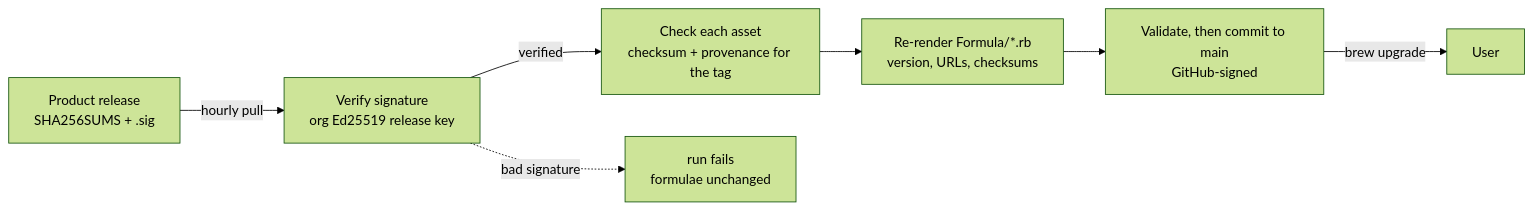
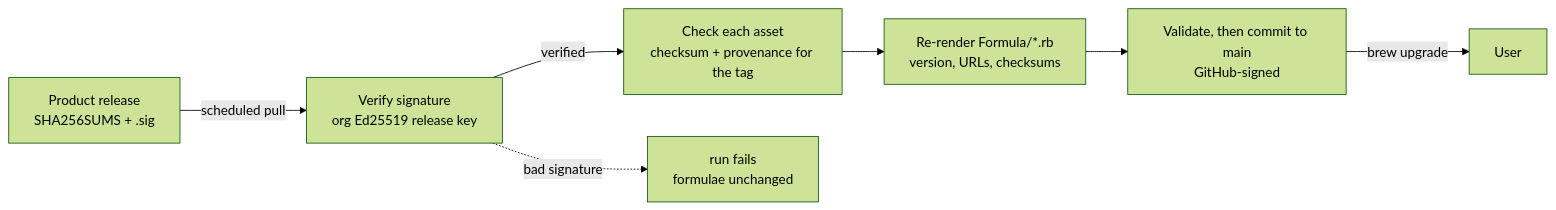
Before and after one commit to Glyndor/homebrew-tap: the diagram in README.md, drawn with Mermaid (forest theme). The commit also changed other lines of this file and 3 other files, not shown here.

````diff
--- a/README.md
+++ b/README.md
@@ -43,9 +45,9 @@
 ```mermaid
 flowchart LR
-  R["Product release<br/>SHA256SUMS + .sig"] -->|hourly pull| V["Verify signature<br/>org Ed25519 release key"]
+  R["Product release<br/>SHA256SUMS + .sig"] -->|scheduled pull| V["Verify signature<br/>org Ed25519 release key"]
   V -->|verified| P["Check each asset<br/>checksum + provenance for the tag"]
   P --> G["Re-render Formula/*.rb<br/>version, URLs, checksums"]
   G --> C["Validate, then commit to main<br/>GitHub-signed"]
   C -->|brew upgrade| U["User"]
   V -.->|bad signature| X["run fails<br/>formulae unchanged"]
 ```
````
